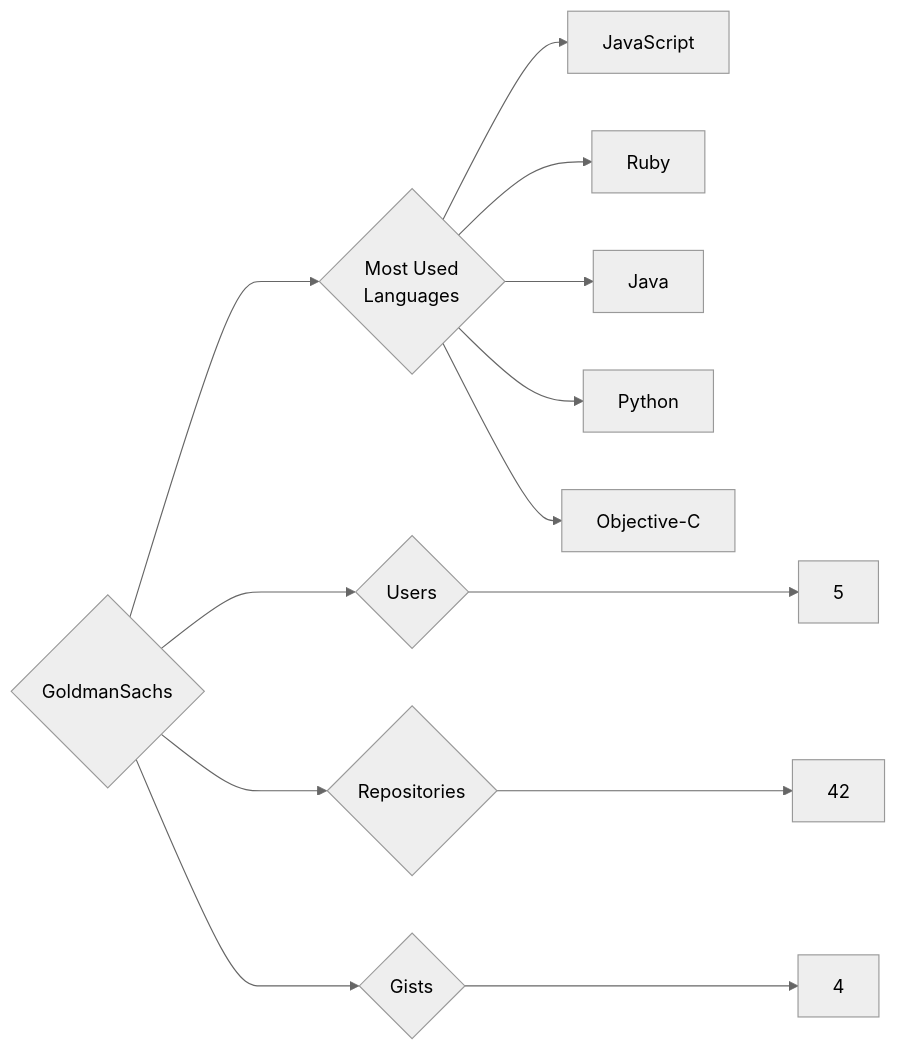
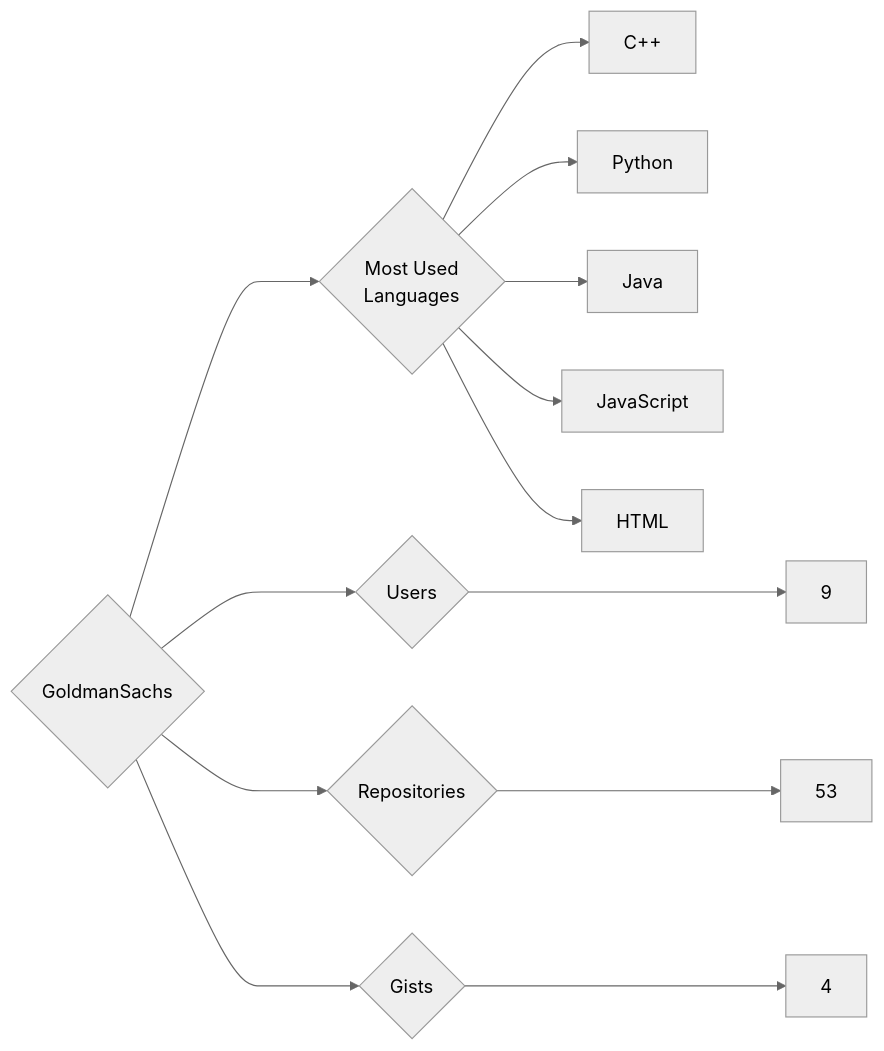
Before and after one commit to trickest/insiders: the diagram in targets/GoldmanSachs/README.md, drawn with Mermaid (neutral theme). The commit also changed 840 other files, not shown here.

````diff
--- a/targets/GoldmanSachs/README.md
+++ b/targets/GoldmanSachs/README.md
@@ -3,13 +3,13 @@
 ```mermaid
 graph LR
 COMPANY_NAME{GoldmanSachs}
-COMPANY_NAME ---> U{Users} ---> UN[5]
-COMPANY_NAME ---> R{Repositories} ---> RN[42]
+COMPANY_NAME ---> U{Users} ---> UN[9]
+COMPANY_NAME ---> R{Repositories} ---> RN[53]
 COMPANY_NAME ---> G{Gists} ---> GN[4]
 COMPANY_NAME ---> ML{Most Used<br>Languages}
+ML --> C++[C++]
+ML --> Python[Python]
+ML --> Java[Java]
 ML --> JavaScript[JavaScript]
-ML --> Ruby[Ruby]
-ML --> Java[Java]
-ML --> Python[Python]
-ML --> Objective-C[Objective-C]
+ML --> HTML[HTML]
 ```
````
